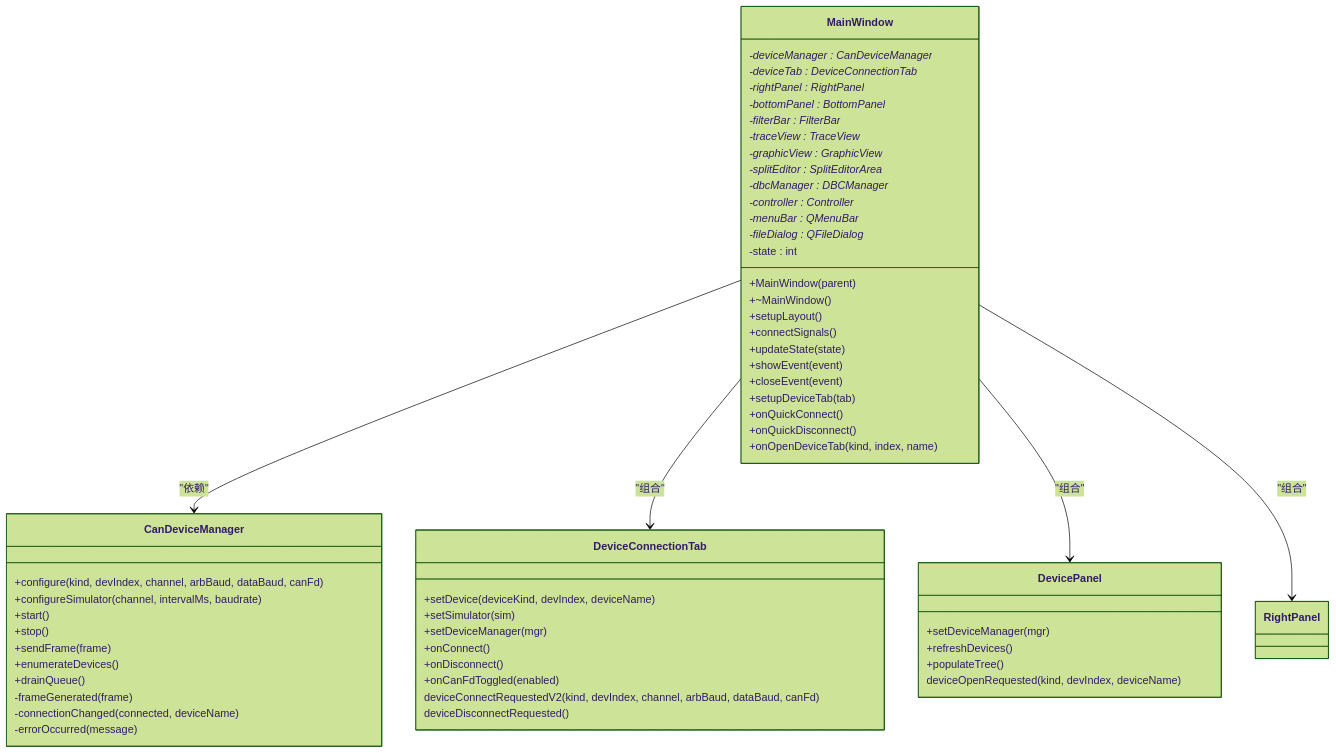
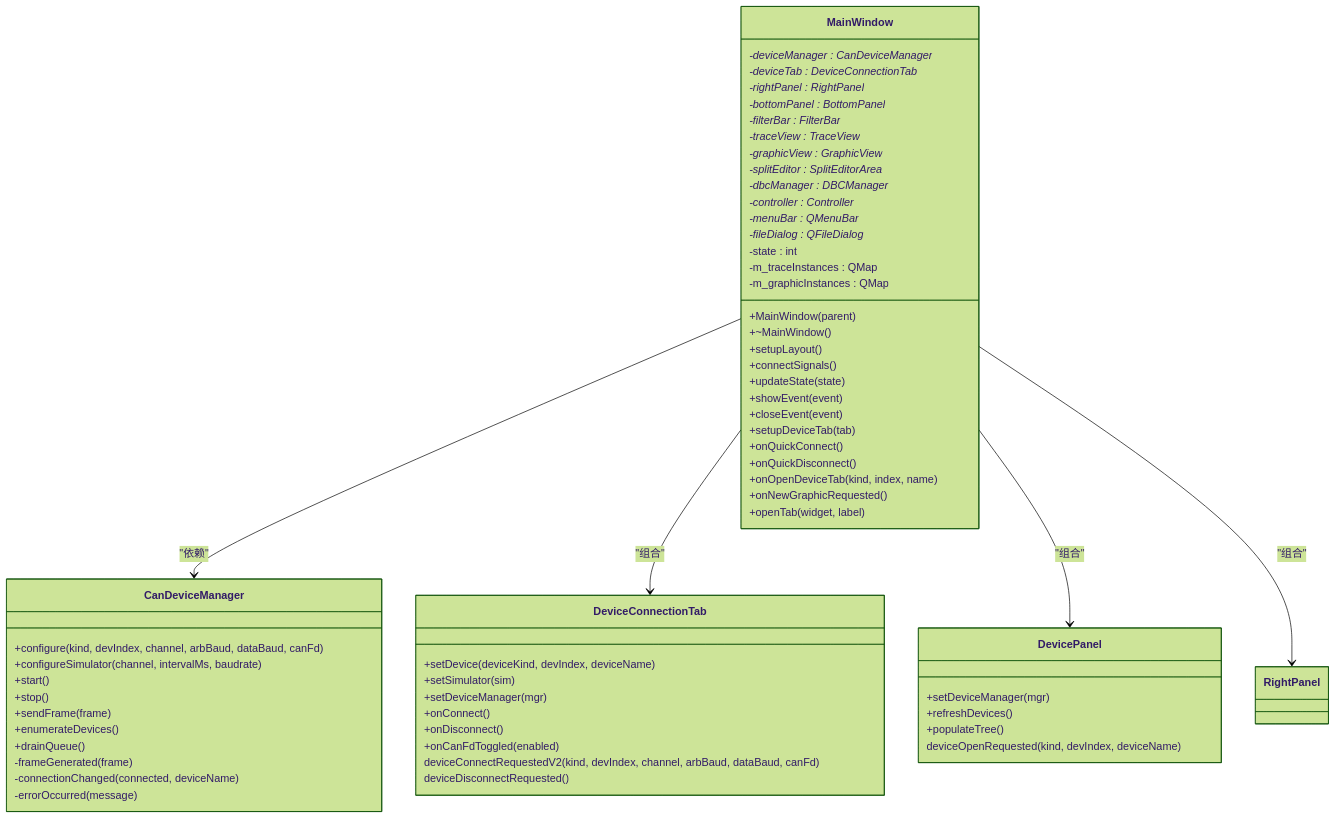
One commit to jakecai1225-design/OpenBus changed the third of 9 diagrams in .qoder/repowiki/zh/content/核心模块详解/主窗口组件.md. Above: the diagram before and after it, drawn with Mermaid (forest theme). The commit also changed other lines of this file and 71 other files, not shown here.

Commit message:
graphic trace

````diff
--- a/.qoder/repowiki/zh/content/核心模块详解/主窗口组件.md
+++ b/.qoder/repowiki/zh/content/核心模块详解/主窗口组件.md
@@ -181,61 +194,65 @@
 ```mermaid
 classDiagram
 class MainWindow {
 +MainWindow(parent)
 +~MainWindow()
 +setupLayout()
 +connectSignals()
 +updateState(state)
 +showEvent(event)
 +closeEvent(event)
 +setupDeviceTab(tab)
 +onQuickConnect()
 +onQuickDisconnect()
 +onOpenDeviceTab(kind, index, name)
++onNewGraphicRequested()
++openTab(widget, label)
 -deviceManager : CanDeviceManager*
 -deviceTab : DeviceConnectionTab*
 -rightPanel : RightPanel*
 -bottomPanel : BottomPanel*
 -filterBar : FilterBar*
 -traceView : TraceView*
 -graphicView : GraphicView*
 -splitEditor : SplitEditorArea*
 -dbcManager : DBCManager*
 -controller : Controller*
 -menuBar : QMenuBar*
 -fileDialog : QFileDialog*
 -state : int
+-m_traceInstances : QMap<QString, QWidget*>
+-m_graphicInstances : QMap<QString, QWidget*>
 }
 class CanDeviceManager {
 +configure(kind, devIndex, channel, arbBaud, dataBaud, canFd)
 +configureSimulator(channel, intervalMs, baudrate)
 +start()
 +stop()
 +sendFrame(frame)
 +enumerateDevices()
 +drainQueue()
 -frameGenerated(frame)
 -connectionChanged(connected, deviceName)
 -errorOccurred(message)
 }
 class DeviceConnectionTab {
 +setDevice(deviceKind, devIndex, deviceName)
 +setSimulator(sim)
 +setDeviceManager(mgr)
 +onConnect()
 +onDisconnect()
 +onCanFdToggled(enabled)
 deviceConnectRequestedV2(kind, devIndex, channel, arbBaud, dataBaud, canFd)
 deviceDisconnectRequested()
 }
 class DevicePanel {
 +setDeviceManager(mgr)
 +refreshDevices()
 +populateTree()
 deviceOpenRequested(kind, devIndex, deviceName)
 }
 MainWindow --> CanDeviceManager : "依赖"
 MainWindow --> DeviceConnectionTab : "组合"
 MainWindow --> DevicePanel : "组合"
 MainWindow --> RightPanel : "组合"
 ```
````
